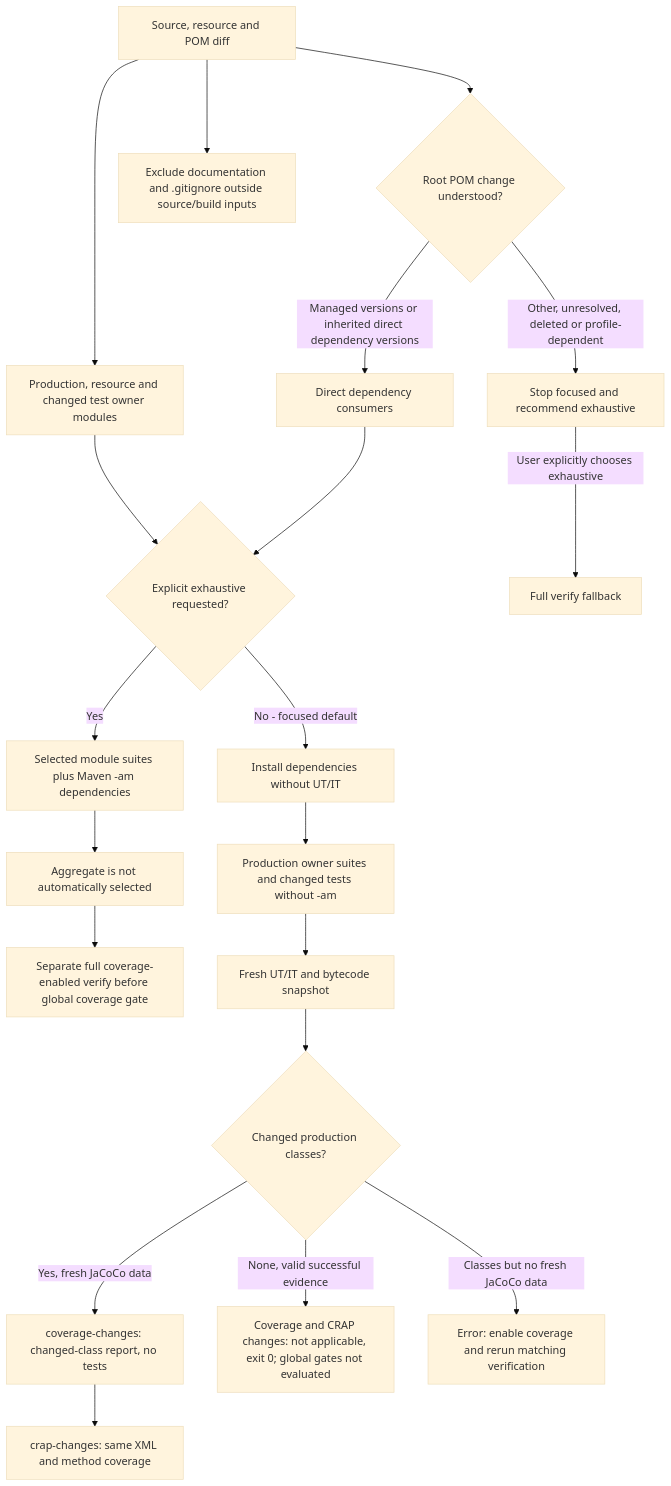
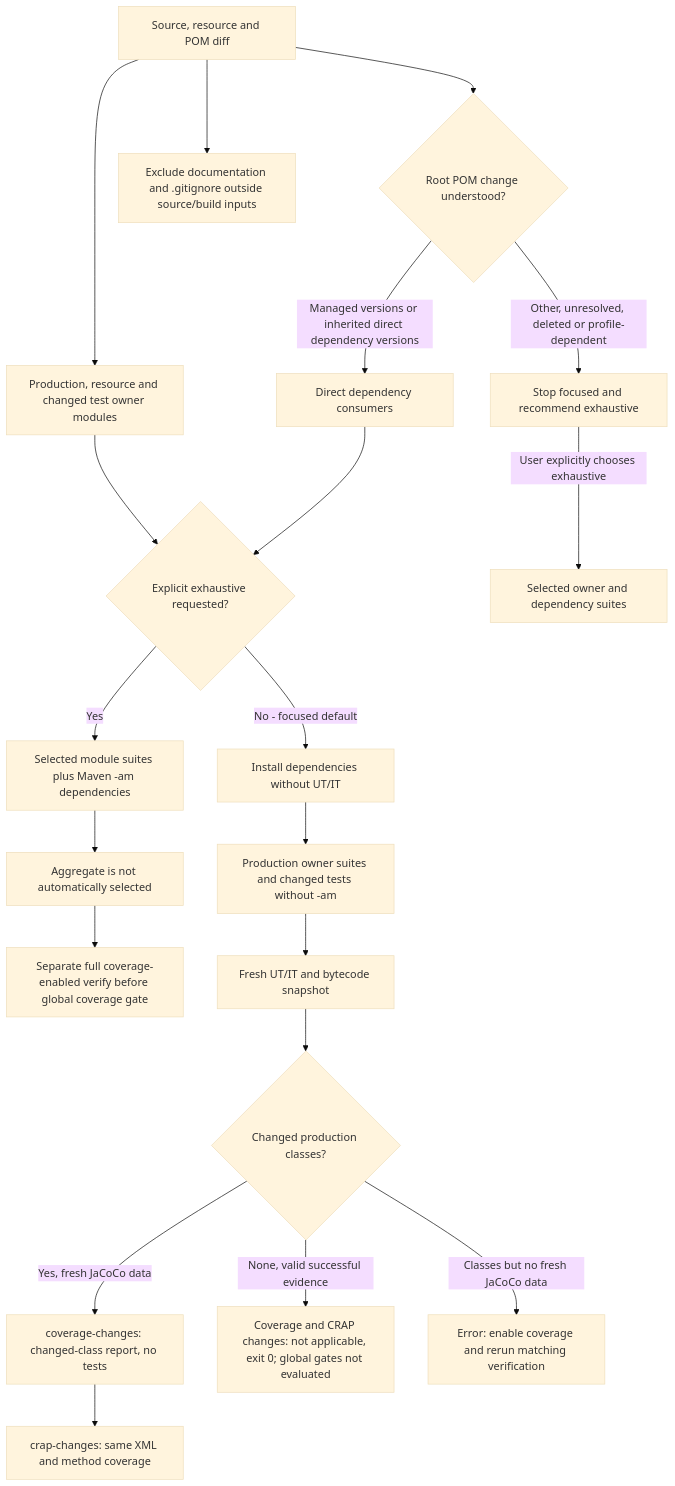
Before and after one commit to antonillos/makevn: the fifth of 5 diagrams in docs/workflow-guidance.md, drawn with Mermaid (base theme). The commit also changed other lines of this file and 12 other files, not shown here.

````diff
--- a/docs/workflow-guidance.md
+++ b/docs/workflow-guidance.md
@@ -132,22 +151,22 @@
 ```mermaid
 flowchart TD
   Diff[Source, resource and POM diff] --> Owners[Production, resource and changed test owner modules]
   Diff --> Ignore[Exclude documentation and .gitignore outside source/build inputs]
   Diff --> POM{Root POM change understood?}
   POM -->|Managed versions or inherited direct dependency versions| Consumers[Direct dependency consumers]
   POM -->|Other, unresolved, deleted or profile-dependent| Stop[Stop focused and recommend exhaustive]
-  Stop -->|User explicitly chooses exhaustive| Full[Full verify fallback]
+  Stop -->|User explicitly chooses exhaustive| Full[Selected owner and dependency suites]
   Owners --> Mode{Explicit exhaustive requested?}
   Mode -->|Yes| Verify[Selected module suites plus Maven -am dependencies]
   Mode -->|No - focused default| Prepare[Install dependencies without UT/IT]
   Prepare --> Focus[Production owner suites and changed tests without -am]
   Focus --> Snapshot[Fresh UT/IT and bytecode snapshot]
   Snapshot --> Applicability{Changed production classes?}
   Applicability -->|Yes, fresh JaCoCo data| ScopedReport[coverage-changes: changed-class report, no tests]
   Applicability -->|None, valid successful evidence| NA[Coverage and CRAP changes: not applicable, exit 0; global gates not evaluated]
   Applicability -->|Classes but no fresh JaCoCo data| Missing[Error: enable coverage and rerun matching verification]
   ScopedReport --> ScopedCRAP[crap-changes: same XML and method coverage]
   Consumers --> Mode
   Verify --> Separate[Aggregate is not automatically selected]
   Separate --> Gate[Separate full coverage-enabled verify before global coverage gate]
 ```
````
